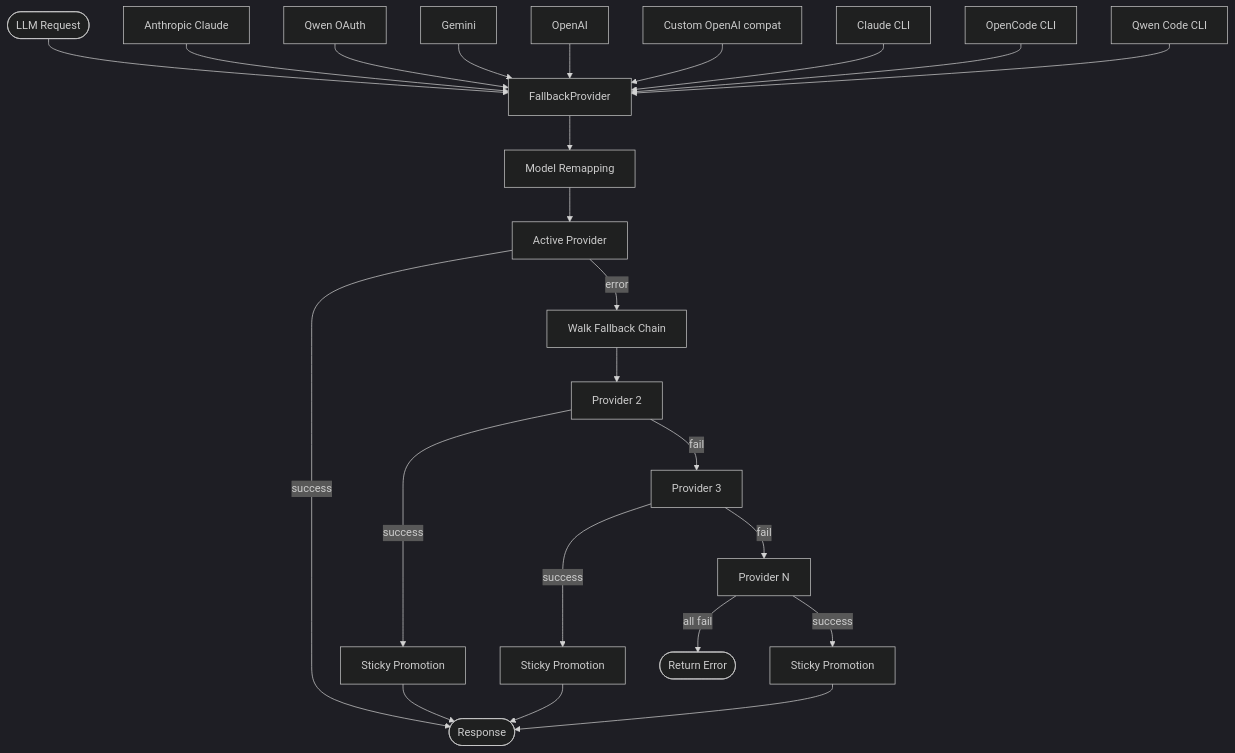
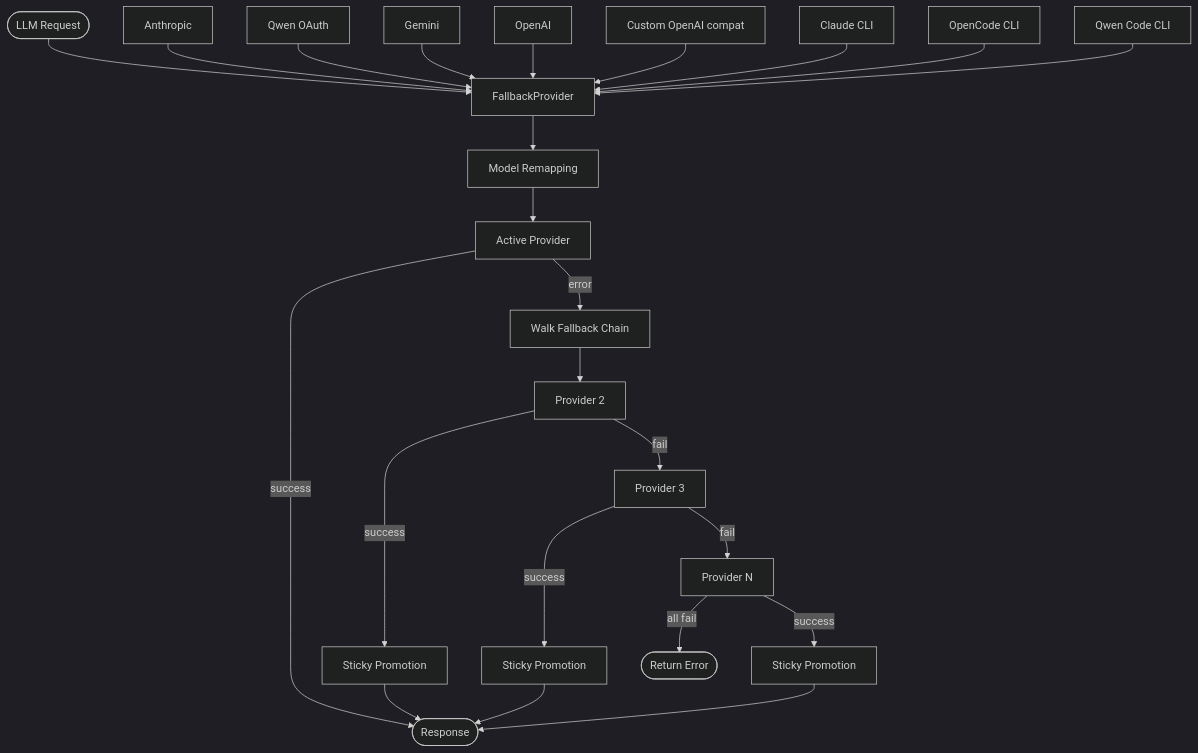
Before and after one commit to adolfousier/opencrab: the third of 9 diagrams in src/docs/reference/ARCHITECTURE_2026_04_14.md, drawn with Mermaid (dark theme). The commit also changed 8 other files, not shown here.

First line of the commit message:
refactor(provider): rename onboarding display name Anthropic Claude to Anthropic

````diff
--- a/src/docs/reference/ARCHITECTURE_2026_04_14.md
+++ b/src/docs/reference/ARCHITECTURE_2026_04_14.md
@@ -129,26 +129,26 @@
 ```mermaid
 flowchart TD
     REQ([LLM Request]) --> FB[FallbackProvider]
     FB --> REMAP[Model Remapping]
     REMAP --> ACTIVE[Active Provider]
     ACTIVE --> |success|RESP([Response])
     ACTIVE --> |error|WALK[Walk Fallback Chain]
     WALK --> P1[Provider 2]
     P1 --> |success|PROM1[Sticky Promotion]
     P1 --> |fail|P2[Provider 3]
     P2 --> |success|PROM2[Sticky Promotion]
     P2 --> |fail|P3[Provider N]
     P3 --> |success|PROM3[Sticky Promotion]
     P3 --> |all fail|ERR([Return Error])
     PROM1 --> RESP
     PROM2 --> RESP
     PROM3 --> RESP
-    ANTH[Anthropic Claude] --> FB
+    ANTH[Anthropic] --> FB
     QWEN[Qwen OAuth] --> FB
     GEMINI[Gemini] --> FB
     OPENAI[OpenAI] --> FB
     CUSTOM[Custom OpenAI compat] --> FB
     CCLI[Claude CLI] --> FB
     OCLI[OpenCode CLI] --> FB
     QCLI[Qwen Code CLI] --> FB
 ```
````
